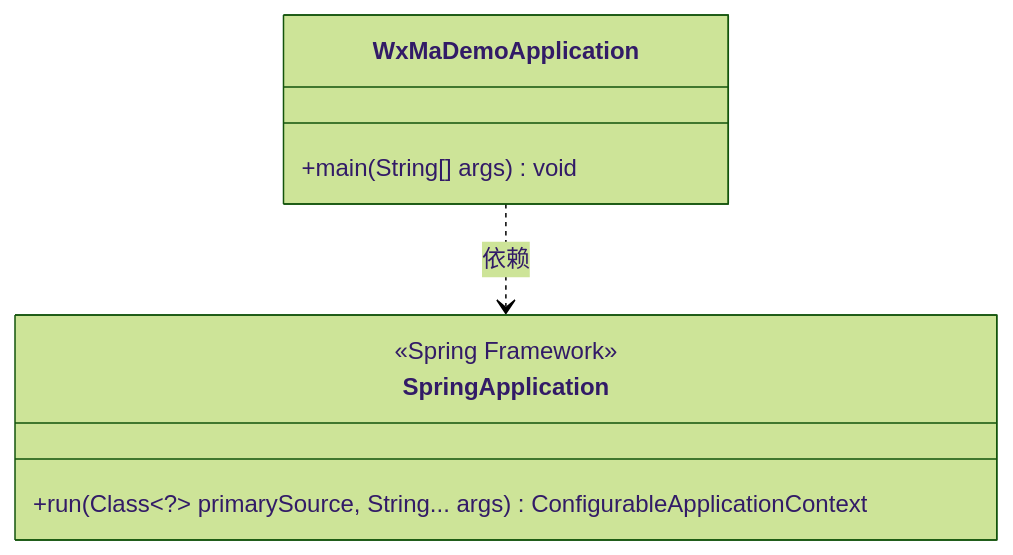
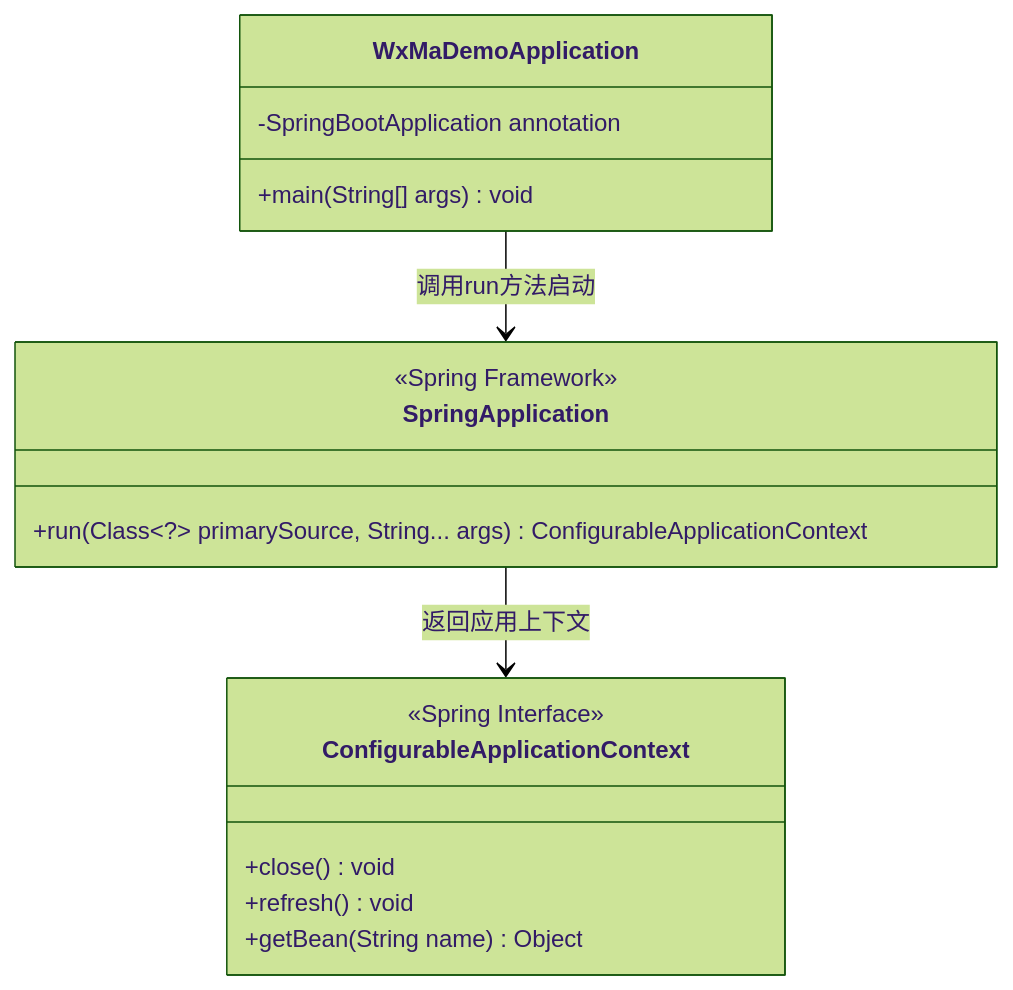
One commit to v-wjrong/imrrong_weixin-java-miniapp-demo changed the first of 2 diagrams in docs/zh/docs/src/main/java/com/github/binarywang/demo/wx/miniapp/WxMaDemoApplication.md. Above: the diagram before and after it, drawn with Mermaid (forest theme). The commit also changed other lines of this file and 51 other files, not shown here.

````diff
--- a/docs/zh/docs/src/main/java/com/github/binarywang/demo/wx/miniapp/WxMaDemoApplication.md
+++ b/docs/zh/docs/src/main/java/com/github/binarywang/demo/wx/miniapp/WxMaDemoApplication.md
@@ -36,11 +36,22 @@
 ```mermaid
 classDiagram
     class WxMaDemoApplication {
         +main(String[] args) void
+        -SpringBootApplication annotation
     }
-    WxMaDemoApplication ..> SpringApplication : 依赖
+    
     class SpringApplication {
         <<Spring Framework>>
         +run(Class~?~ primarySource, String... args) ConfigurableApplicationContext
     }
+    
+    class ConfigurableApplicationContext {
+        <<Spring Interface>>
+        +close() void
+        +refresh() void
+        +getBean(String name) Object
+    }
+    
+    WxMaDemoApplication --> SpringApplication : 调用run方法启动
+    SpringApplication --> ConfigurableApplicationContext : 返回应用上下文
 ```
````
